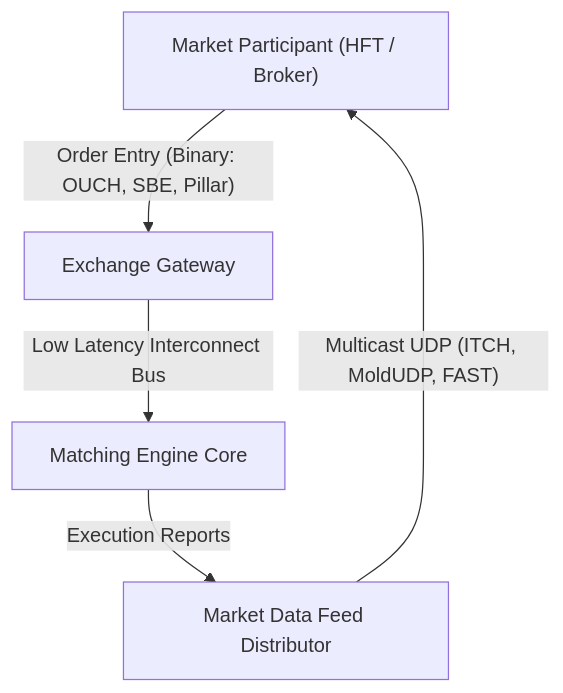
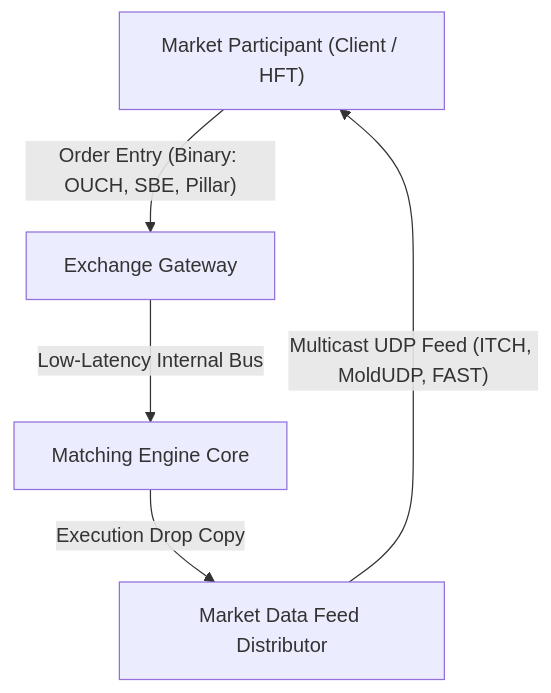
One commit to keimania/global-exchanges changed the fourth of 4 diagrams in en/comparison_matrix.md. Above: the diagram before and after it, drawn with Mermaid. The commit also changed other lines of this file and 7 other files, not shown here.

````diff
--- a/en/comparison_matrix.md
+++ b/en/comparison_matrix.md
@@ -182,12 +188,12 @@
 ```mermaid
 flowchart TD
-    Participant["Market Participant (HFT / Broker)"]
+    Participant["Market Participant (Client / HFT)"]
     Gateway["Exchange Gateway"]
     Engine["Matching Engine Core"]
     MarketData["Market Data Feed Distributor"]
 
     Participant -->|"Order Entry (Binary: OUCH, SBE, Pillar)"| Gateway
-    Gateway -->|"Low Latency Interconnect Bus"| Engine
-    Engine -->|"Execution Reports"| MarketData
-    MarketData -->|"Multicast UDP (ITCH, MoldUDP, FAST)"| Participant
+    Gateway -->|"Low-Latency Internal Bus"| Engine
+    Engine -->|"Execution Drop Copy"| MarketData
+    MarketData -->|"Multicast UDP Feed (ITCH, MoldUDP, FAST)"| Participant
 ```
````
